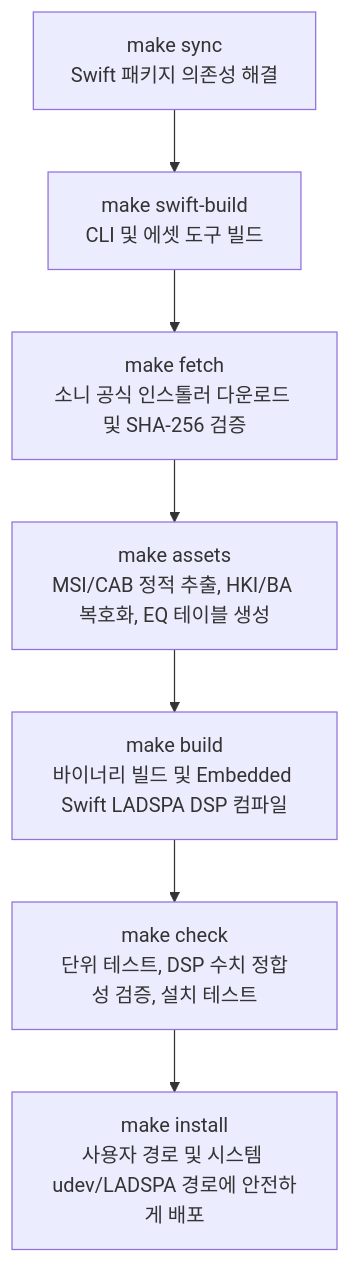
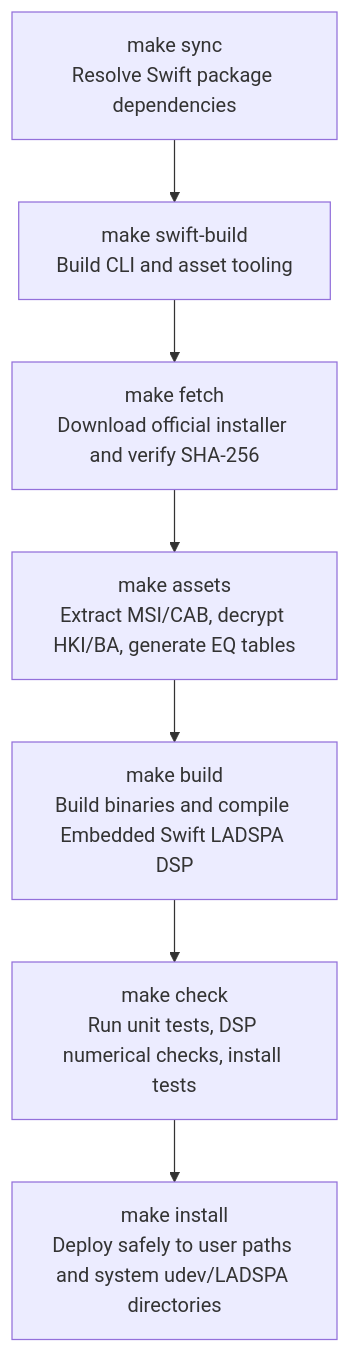
The diagram in docs/repository-files.md (zeroday0619/inzone-linux), drawn with Mermaid before and after one commit. The commit also changed other lines of this file and 12 other files, not shown here.

````diff
--- a/docs/repository-files.md
+++ b/docs/repository-files.md
@@ -36,9 +36,9 @@
 ```mermaid
 flowchart TD
-    A["make sync<br>Swift 패키지 의존성 해결"] --> B["make swift-build<br>CLI 및 에셋 도구 빌드"]
-    B --> C["make fetch<br>소니 공식 인스톨러 다운로드 및 SHA-256 검증"]
-    C --> D["make assets<br>MSI/CAB 정적 추출, HKI/BA 복호화, EQ 테이블 생성"]
-    D --> E["make build<br>바이너리 빌드 및 Embedded Swift LADSPA DSP 컴파일"]
-    E --> F["make check<br>단위 테스트, DSP 수치 정합성 검증, 설치 테스트"]
-    F --> G["make install<br>사용자 경로 및 시스템 udev/LADSPA 경로에 안전하게 배포"]
+    A["make sync<br>Resolve Swift package dependencies"] --> B["make swift-build<br>Build CLI and asset tooling"]
+    B --> C["make fetch<br>Download official installer and verify SHA-256"]
+    C --> D["make assets<br>Extract MSI/CAB, decrypt HKI/BA, generate EQ tables"]
+    D --> E["make build<br>Build binaries and compile Embedded Swift LADSPA DSP"]
+    E --> F["make check<br>Run unit tests, DSP numerical checks, install tests"]
+    F --> G["make install<br>Deploy safely to user paths and system udev/LADSPA directories"]
 ```
````
